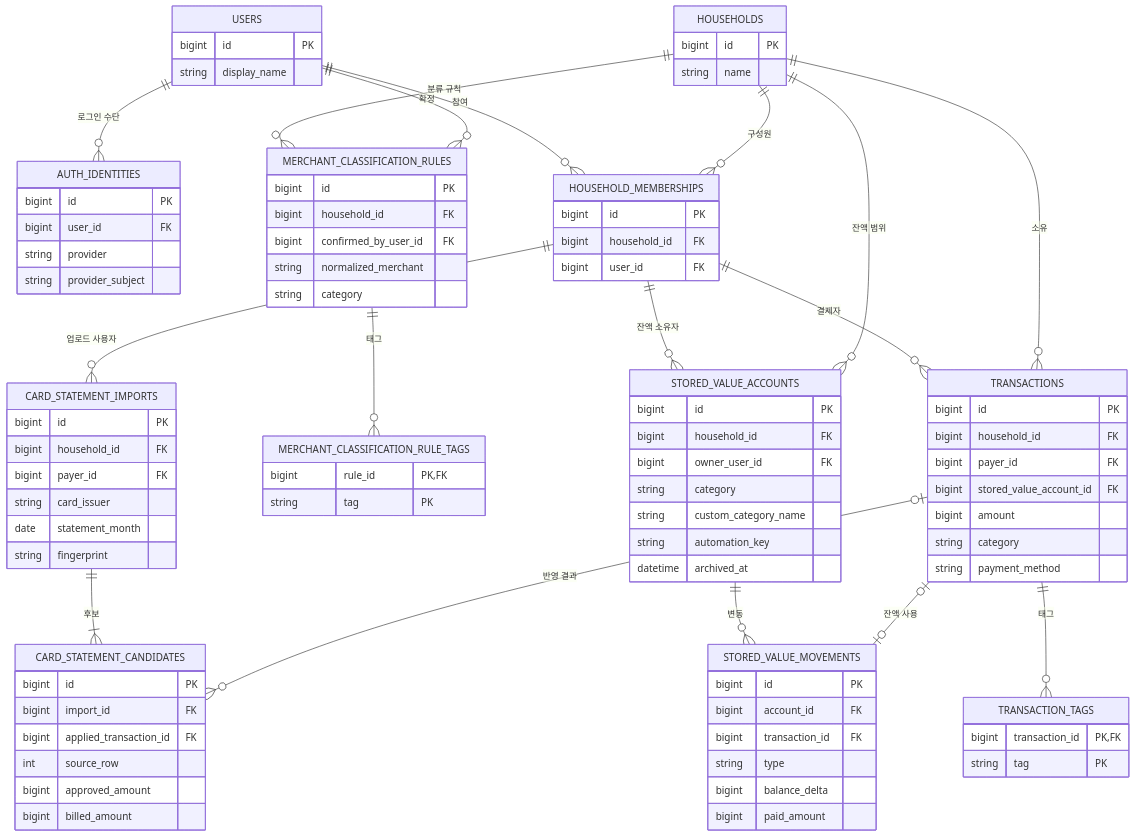
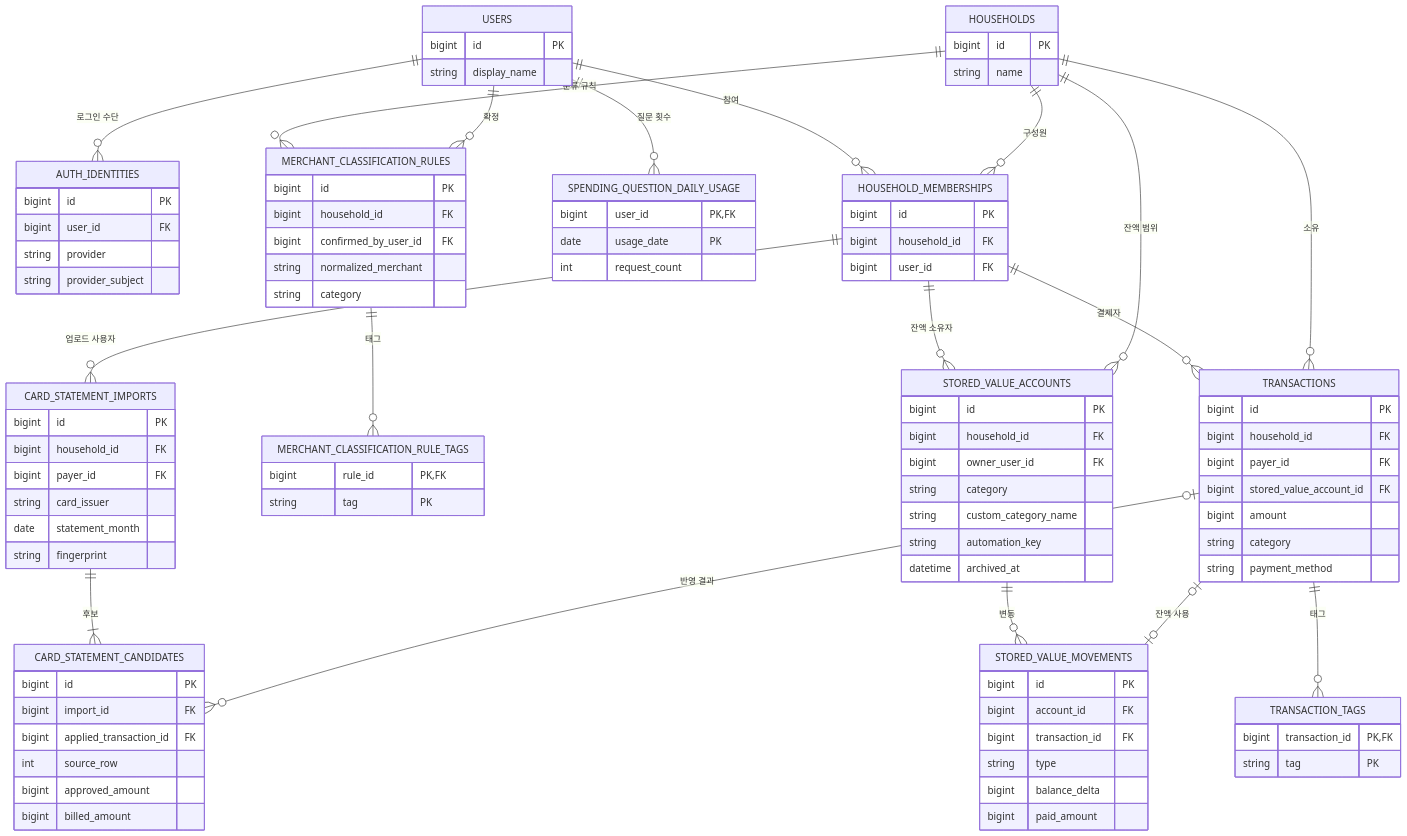
One commit to takeown/woorijip changed the diagram in docs/api/DATA_MODEL.md. Above: the diagram before and after it, drawn with Mermaid. The commit also changed other lines of this file and 25 other files, not shown here.

Commit message:
feat: add spending question answering

````diff
--- a/docs/api/DATA_MODEL.md
+++ b/docs/api/DATA_MODEL.md
@@ -24,6 +24,7 @@
 erDiagram
     USERS ||--o{ AUTH_IDENTITIES : "로그인 수단"
     USERS ||--o{ HOUSEHOLD_MEMBERSHIPS : "참여"
+    USERS ||--o{ SPENDING_QUESTION_DAILY_USAGE : "질문 횟수"
     HOUSEHOLDS ||--o{ HOUSEHOLD_MEMBERSHIPS : "구성원"
 
     HOUSEHOLD_MEMBERSHIPS ||--o{ TRANSACTIONS : "결제자"
@@ -119,4 +120,9 @@
         bigint approved_amount
         bigint billed_amount
     }
+    SPENDING_QUESTION_DAILY_USAGE {
+        bigint user_id PK,FK
+        date usage_date PK
+        int request_count
+    }
 ```
````
